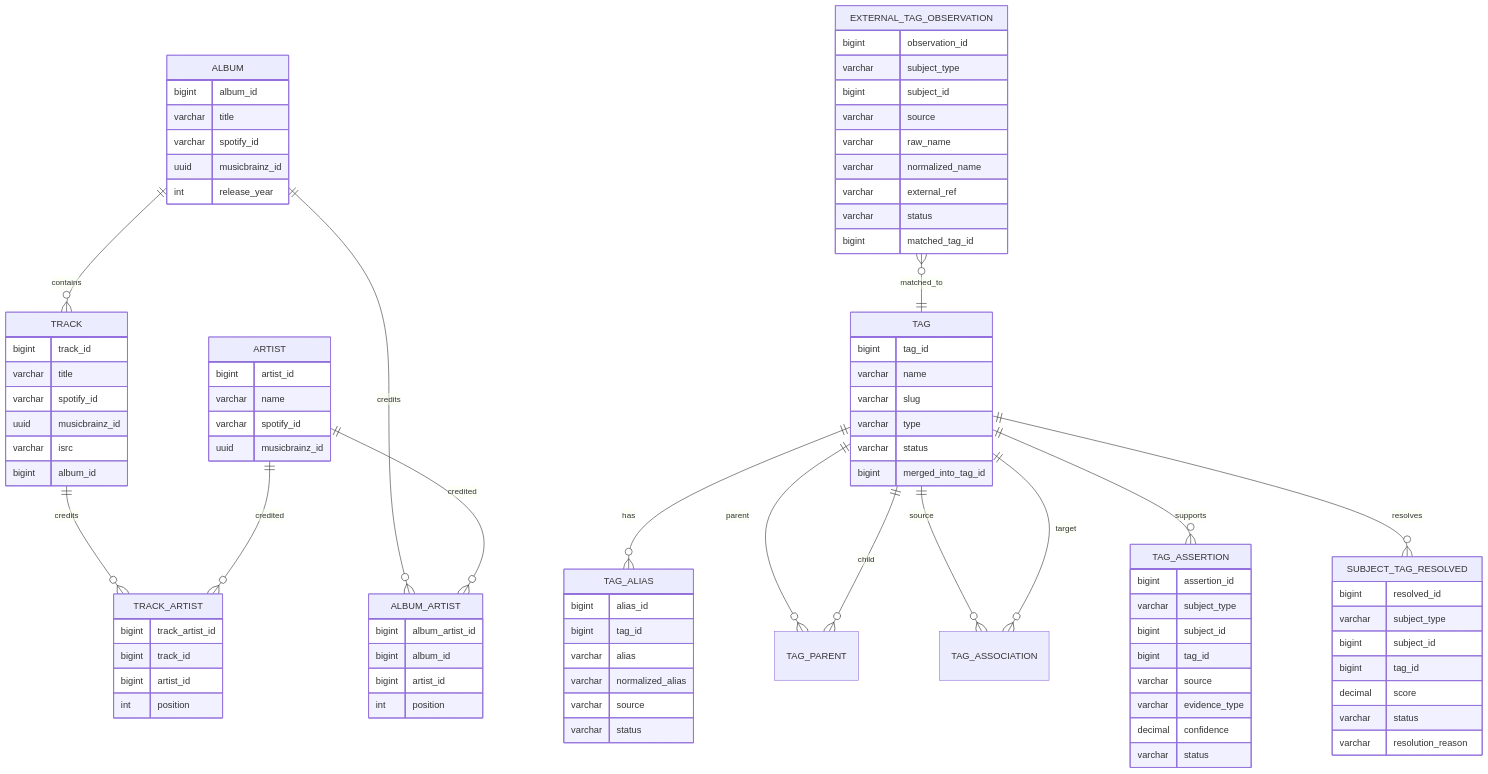
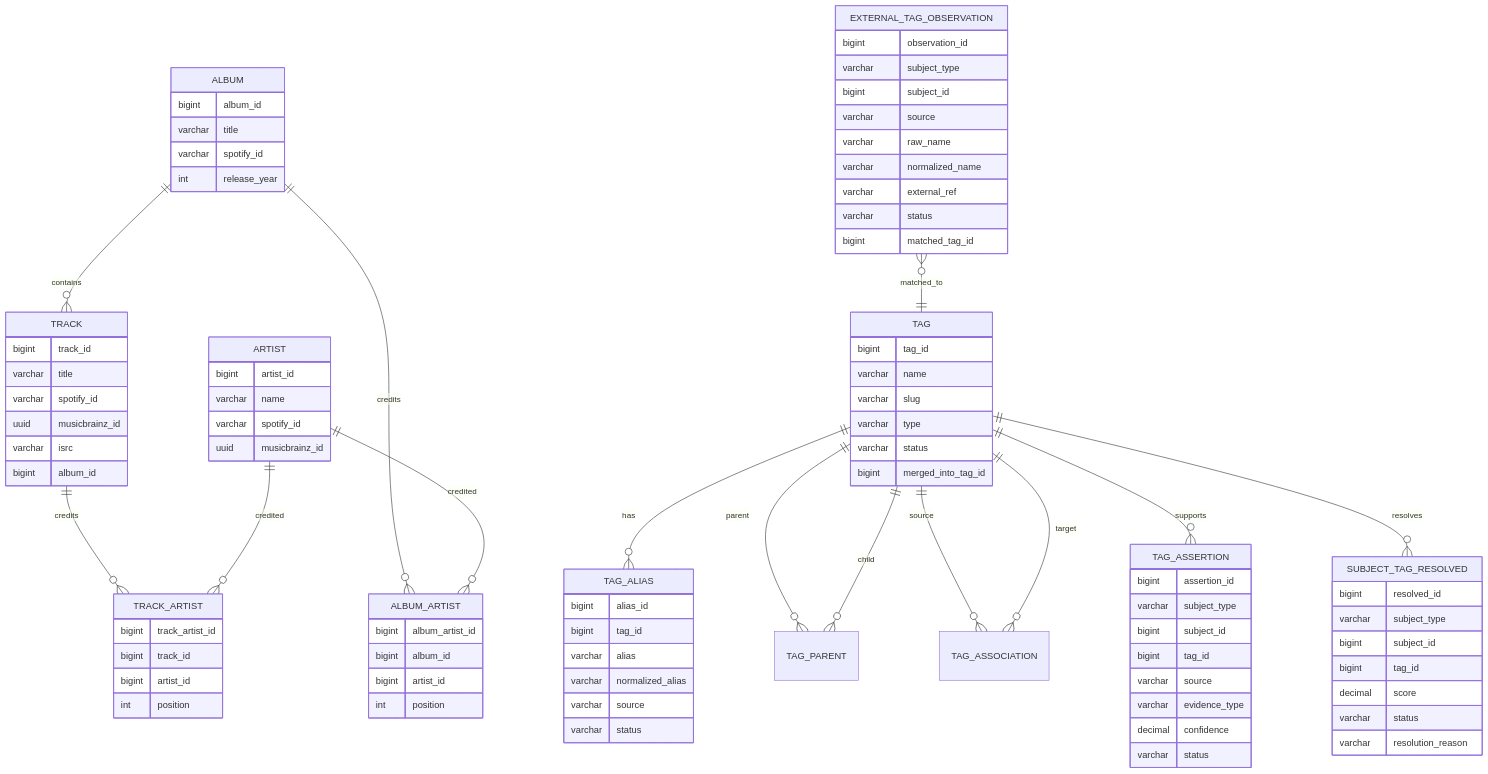
The third of 3 diagrams in agents/server/server_tag_feature_architecture.md (quietwave00/tag-your-story), drawn with Mermaid before and after one commit. The commit also changed other lines of this file and 103 other files, not shown here.

```diff
--- a/agents/server/server_tag_feature_architecture.md
+++ b/agents/server/server_tag_feature_architecture.md
@@ -2752,7 +2751,6 @@
         bigint album_id
         varchar title
         varchar spotify_id
-        uuid musicbrainz_id
         int release_year
     }
 
```
